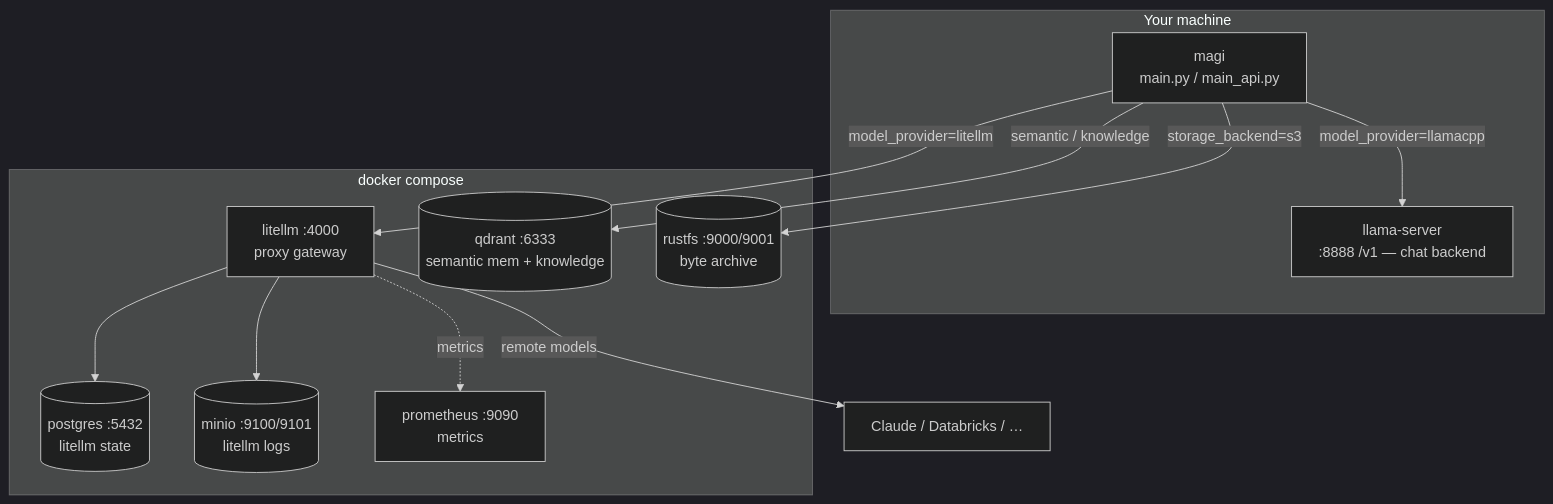
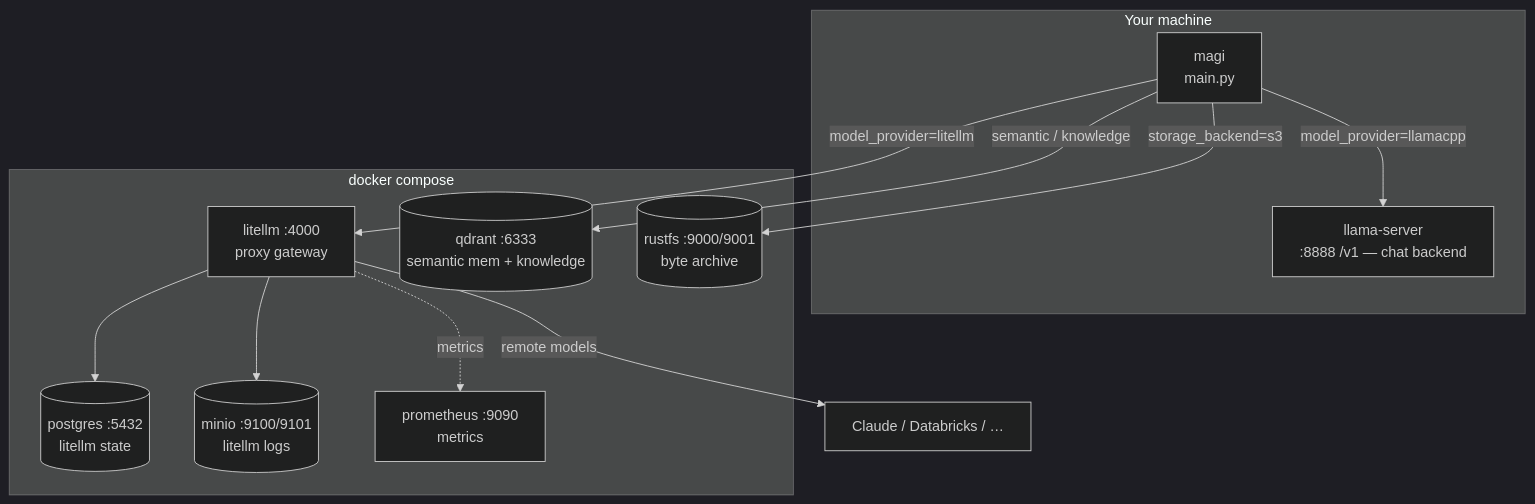
The diagram in docs/infrastructure.md (carneirofc/magi-ai-assistant), drawn with Mermaid (dark theme) before and after one commit. The commit also changed other lines of this file and 24 other files, not shown here.

````diff
--- a/docs/infrastructure.md
+++ b/docs/infrastructure.md
@@ -10,25 +10,25 @@
 ```mermaid
 flowchart TB
     subgraph host["Your machine"]
-        APP[magi<br/>main.py / main_api.py]
+        APP[magi<br/>main.py]
         LS[llama-server<br/>:8888 /v1 — chat backend]
     end
 
     subgraph compose["docker compose"]
         LL[litellm :4000<br/>proxy gateway]
         PG[(postgres :5432<br/>litellm state)]
         QD[(qdrant :6333<br/>semantic mem + knowledge)]
         RF[(rustfs :9000/9001<br/>byte archive)]
         MIO[(minio :9100/9101<br/>litellm logs)]
         PROM[prometheus :9090<br/>metrics]
     end
 
     APP -->|model_provider=llamacpp| LS
     APP -->|model_provider=litellm| LL
     LL --> PG
     LL -->|remote models| CLOUD[Claude / Databricks / …]
     LL -.metrics.-> PROM
     APP -->|semantic / knowledge| QD
     APP -->|storage_backend=s3| RF
     LL --> MIO
 ```
````
